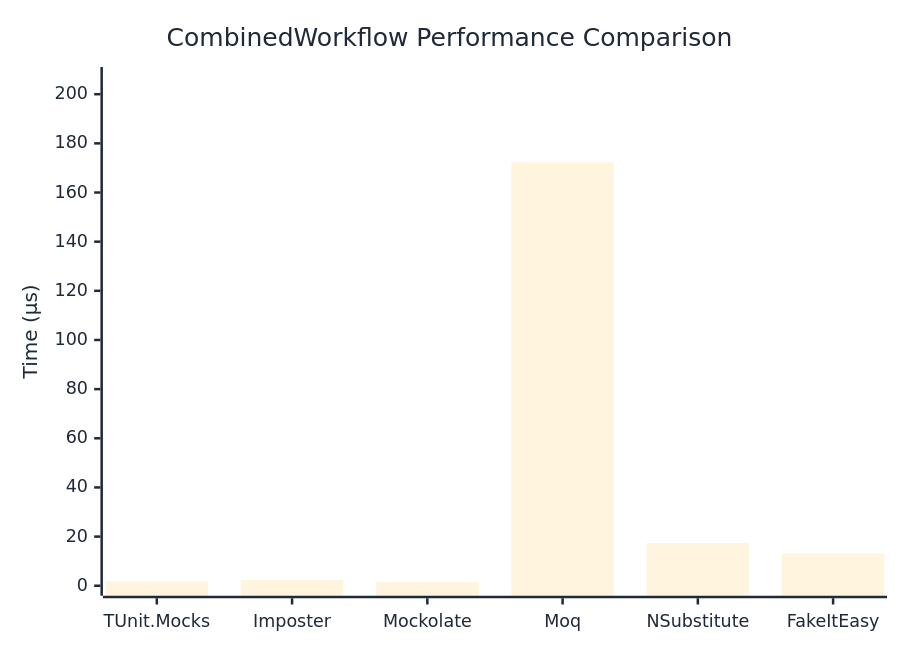
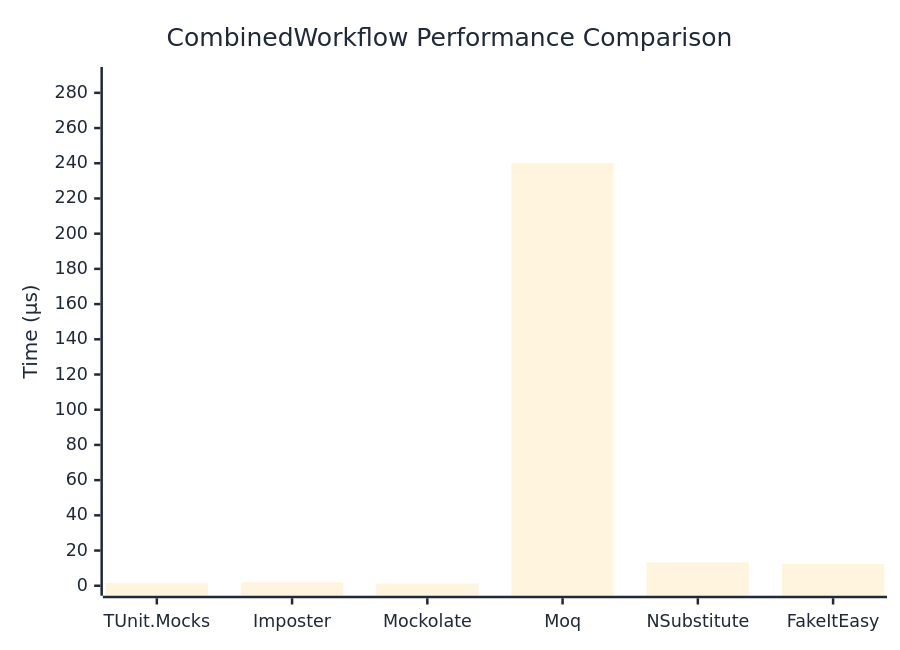
One commit to thomhurst/TUnit changed the diagram in docs/docs/benchmarks/mocks/CombinedWorkflow.md. Above: the diagram before and after it, drawn with Mermaid. The commit also changed other lines of this file and 14 other files, not shown here.

````diff
--- a/docs/docs/benchmarks/mocks/CombinedWorkflow.md
+++ b/docs/docs/benchmarks/mocks/CombinedWorkflow.md
@@ -30,27 +30,27 @@
 ```mermaid
 %%{init: {
   'theme':'base',
   'themeVariables': {
     'primaryColor': '#2563eb',
     'primaryTextColor': '#1f2937',
     'primaryBorderColor': '#1e40af',
     'lineColor': '#6b7280',
     'secondaryColor': '#7c3aed',
     'tertiaryColor': '#dc2626',
     'background': '#ffffff',
     'pie1': '#2563eb',
     'pie2': '#7c3aed',
     'pie3': '#dc2626',
     'pie4': '#f59e0b',
     'pie5': '#10b981',
     'pie6': '#06b6d4',
     'pie7': '#ec4899',
     'pie8': '#6366f1'
   }
 }}%%
 xychart-beta
   title "CombinedWorkflow Performance Comparison"
   x-axis ["TUnit.Mocks", "Imposter", "Mockolate", "Moq", "NSubstitute", "FakeItEasy"]
-  y-axis "Time (μs)" 0 --> 207
-  bar [1.833, 2.329, 1.489, 172.265, 17.38, 13.204]
+  y-axis "Time (μs)" 0 --> 289
+  bar [1.451, 1.977, 1.237, 240.011, 13.235, 12.31]
 ```
````
